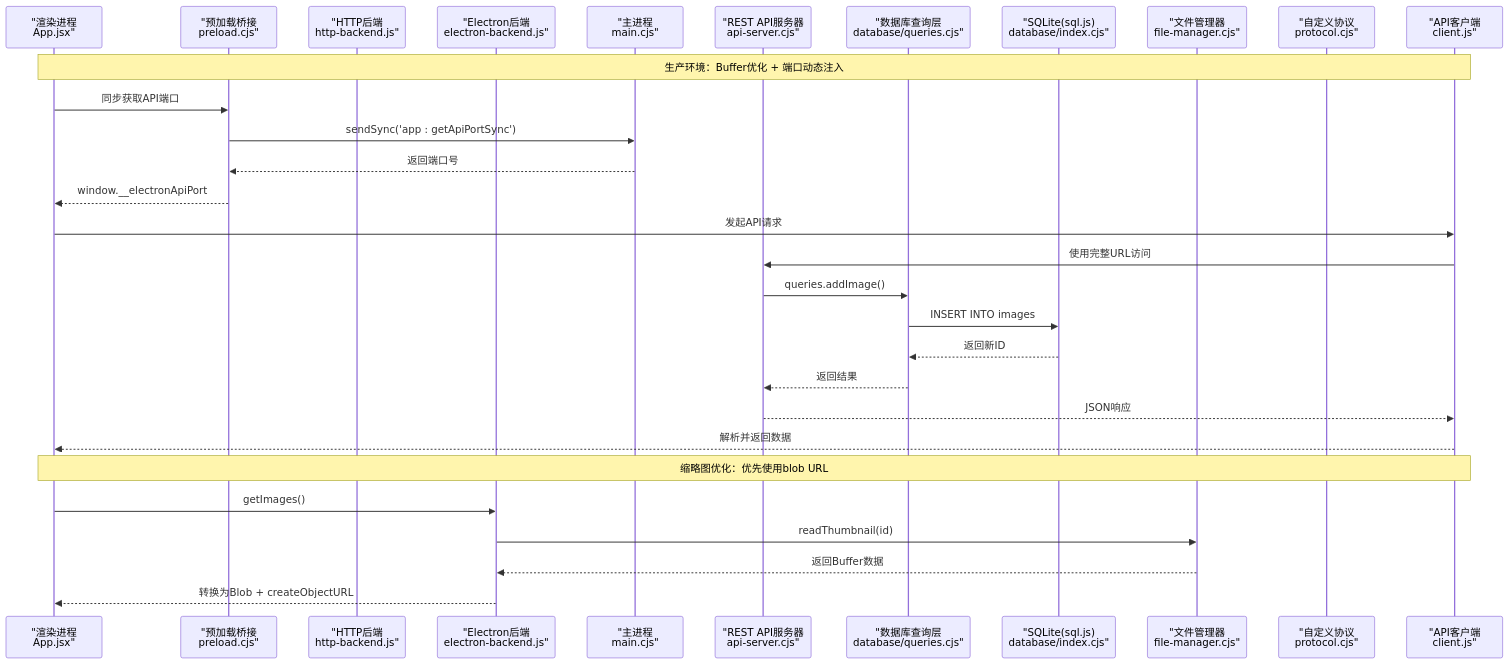
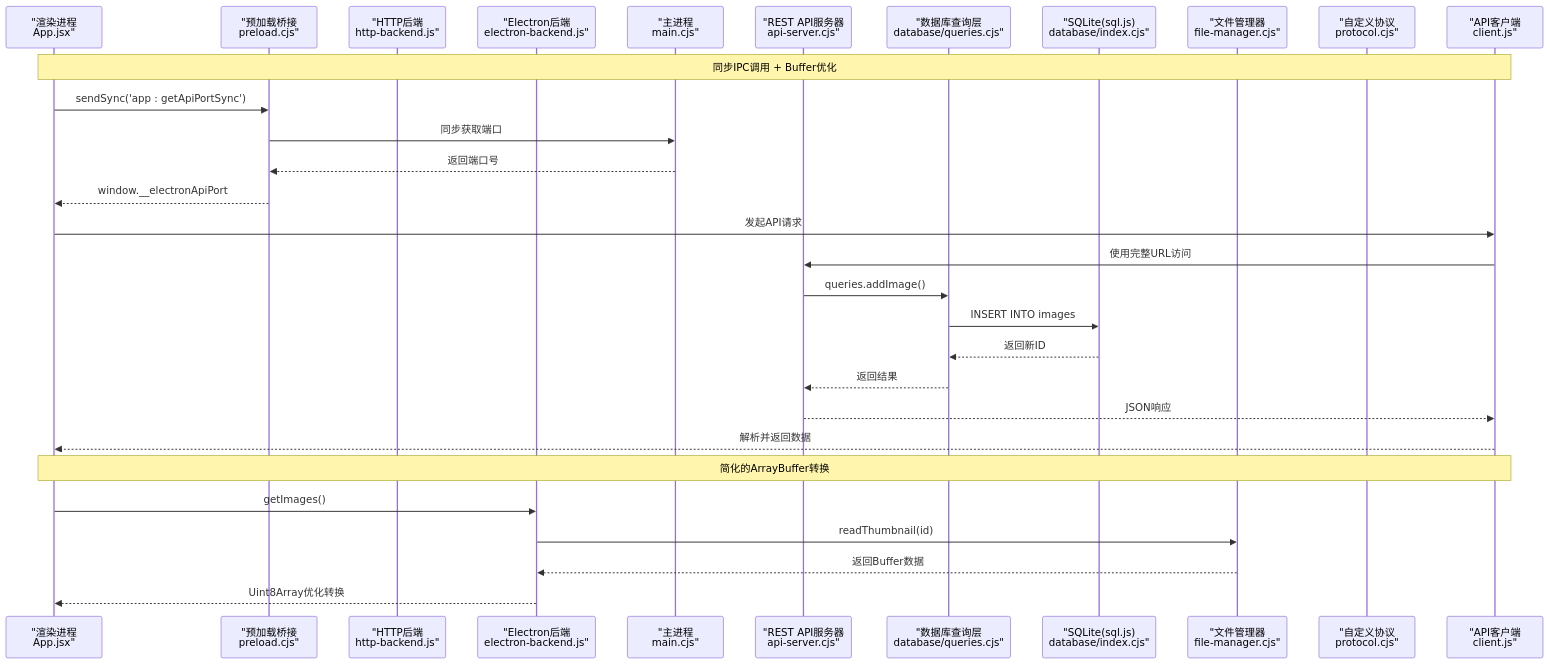
One commit to AlbusWei/AI-Image-Studio changed the second of 14 diagrams in .qoder/repowiki/zh/content/架构设计/Electron 桌面应用架构.md. Above: the diagram before and after it, drawn with Mermaid. The commit also changed other lines of this file and 21 other files, not shown here.

````diff
--- a/.qoder/repowiki/zh/content/架构设计/Electron 桌面应用架构.md
+++ b/.qoder/repowiki/zh/content/架构设计/Electron 桌面应用架构.md
@@ -199,32 +199,32 @@
 ```mermaid
 sequenceDiagram
 participant UI as "渲染进程<br/>App.jsx"
 participant Bridge as "预加载桥接<br/>preload.cjs"
 participant HTTPB as "HTTP后端<br/>http-backend.js"
 participant ELEC as "Electron后端<br/>electron-backend.js"
 participant Main as "主进程<br/>main.cjs"
 participant API as "REST API服务器<br/>api-server.cjs"
 participant DBQ as "数据库查询层<br/>database/queries.cjs"
 participant DB as "SQLite(sql.js)<br/>database/index.cjs"
 participant FS as "文件管理器<br/>file-manager.cjs"
 participant Proto as "自定义协议<br/>protocol.cjs"
 participant Client as "API客户端<br/>client.js"
-Note over UI,Client : 生产环境：Buffer优化 + 端口动态注入
-UI->>Bridge : 同步获取API端口
-Bridge->>Main : sendSync('app : getApiPortSync')
+Note over UI,Client : 同步IPC调用 + Buffer优化
+UI->>Bridge : sendSync('app : getApiPortSync')
+Bridge->>Main : 同步获取端口
 Main-->>Bridge : 返回端口号
 Bridge-->>UI : window.__electronApiPort
 UI->>Client : 发起API请求
 Client->>API : 使用完整URL访问
 API->>DBQ : queries.addImage()
 DBQ->>DB : INSERT INTO images
 DB-->>DBQ : 返回新ID
 DBQ-->>API : 返回结果
 API-->>Client : JSON响应
 Client-->>UI : 解析并返回数据
-Note over UI,Client : 缩略图优化：优先使用blob URL
+Note over UI,Client : 简化的ArrayBuffer转换
 UI->>ELEC : getImages()
 ELEC->>FS : readThumbnail(id)
 FS-->>ELEC : 返回Buffer数据
-ELEC-->>UI : 转换为Blob + createObjectURL
+ELEC-->>UI : Uint8Array优化转换
 ```
````
